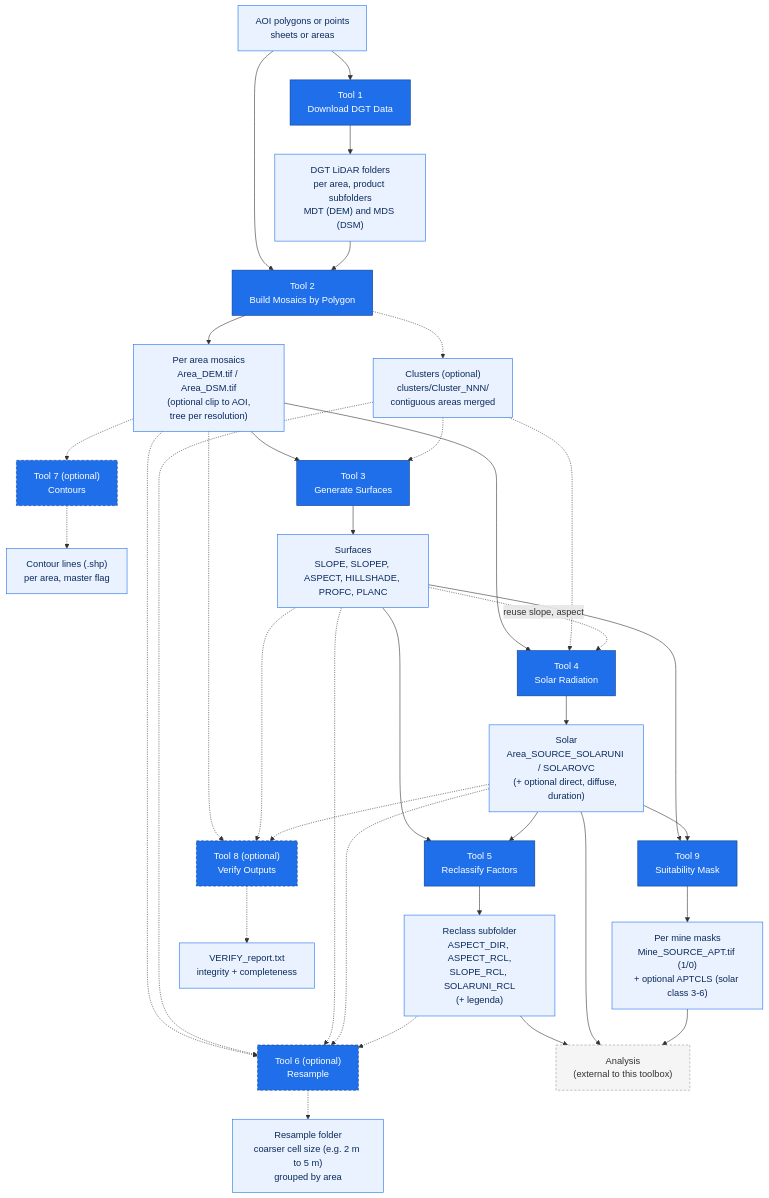
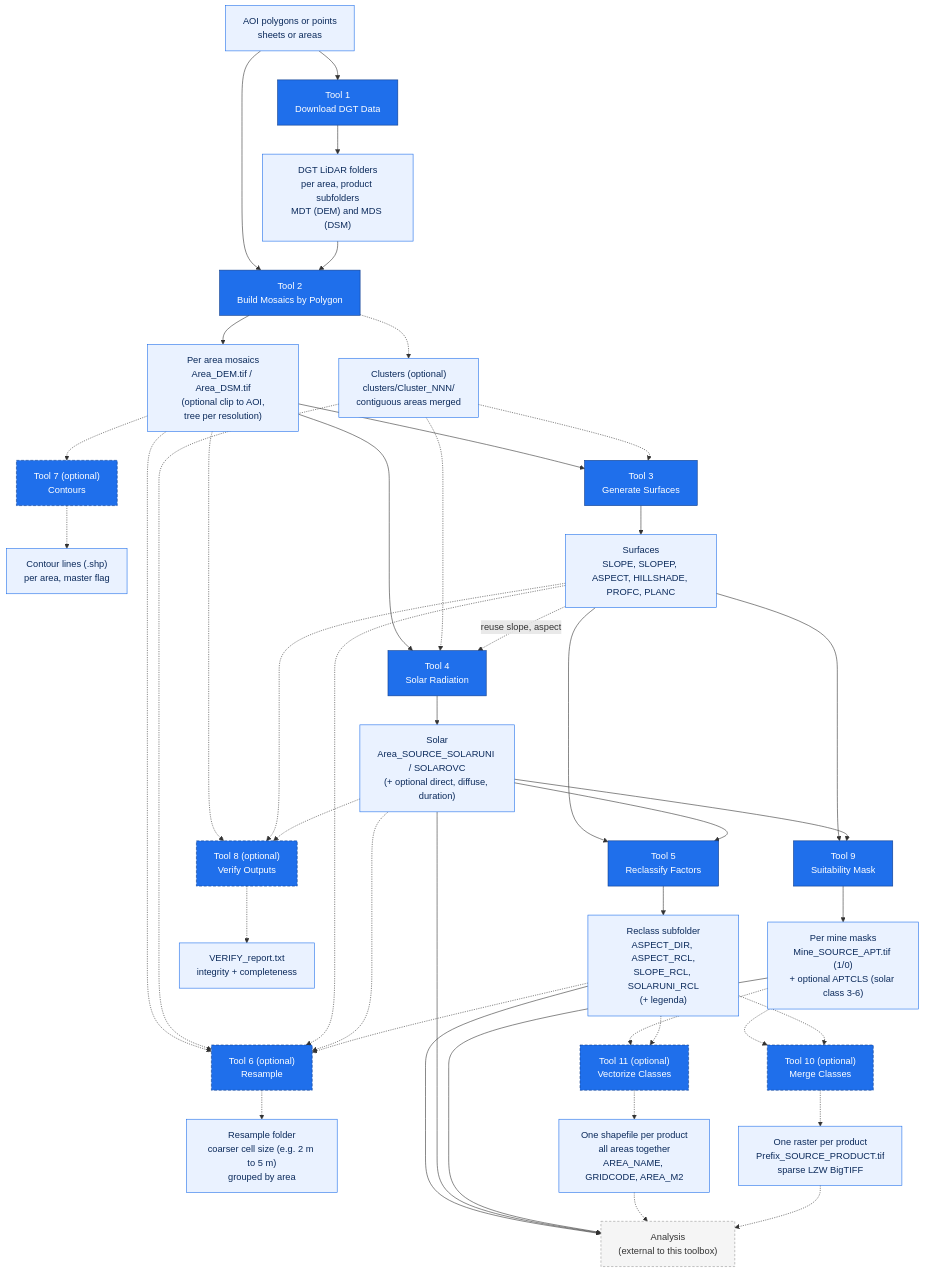
The diagram in README.md (PedroMMGoncalves/lidar-terrain-arcgis-tools), drawn with Mermaid before and after one commit. The commit also changed other lines of this file and 1 other file, not shown here.

````diff
--- a/README.md
+++ b/README.md
@@ -58,48 +61,56 @@
 ```mermaid
 flowchart TD
     AOI["AOI polygons or points<br/>sheets or areas"]
     AOI --> TDL["Tool 1<br/>Download DGT Data"]
     TDL --> LID["DGT LiDAR folders<br/>per area, product subfolders<br/>MDT (DEM) and MDS (DSM)"]
     AOI --> T1
     LID --> T1
     T1["Tool 2<br/>Build Mosaics by Polygon"]
     T1 --> M["Per area mosaics<br/>Area_DEM.tif / Area_DSM.tif<br/>(optional clip to AOI,<br/>tree per resolution)"]
     T1 -.-> CL["Clusters (optional)<br/>clusters/Cluster_NNN/<br/>contiguous areas merged"]
     M --> T2["Tool 3<br/>Generate Surfaces"]
     M --> T3["Tool 4<br/>Solar Radiation"]
     M -.-> T5["Tool 6 (optional)<br/>Resample"]
     M -.-> CT["Tool 7 (optional)<br/>Contours"]
     CT -.-> CO["Contour lines (.shp)<br/>per area, master flag"]
     CL -.-> T2
     CL -.-> T3
     CL -.-> T5
     T2 --> S["Surfaces<br/>SLOPE, SLOPEP, ASPECT, HILLSHADE, PROFC, PLANC"]
     S -.->|reuse slope, aspect| T3
     T3 --> SOL["Solar<br/>Area_SOURCE_SOLARUNI / SOLAROVC<br/>(+ optional direct, diffuse, duration)"]
     T5 -.-> RS["Resample folder<br/>coarser cell size (e.g. 2 m to 5 m)<br/>grouped by area"]
     S -.-> T5
     SOL -.-> T5
     RCL -.-> T5
     S --> T4["Tool 5<br/>Reclassify Factors"]
     SOL --> T4
     T4 --> RCL["Reclass subfolder<br/>ASPECT_DIR, ASPECT_RCL,<br/>SLOPE_RCL, SOLARUNI_RCL<br/>(+ legenda)"]
     S --> T9["Tool 9<br/>Suitability Mask"]
     SOL --> T9
     T9 --> APT["Per mine masks<br/>Mine_SOURCE_APT.tif (1/0)<br/>+ optional APTCLS (solar class 3-6)"]
     M -.-> V8["Tool 8 (optional)<br/>Verify Outputs"]
     S -.-> V8
     SOL -.-> V8
     V8 -.-> REP["VERIFY_report.txt<br/>integrity + completeness"]
+    APT -.-> T10["Tool 10 (optional)<br/>Merge Classes"]
+    RCL -.-> T10
+    T10 -.-> BIG["One raster per product<br/>Prefix_SOURCE_PRODUCT.tif<br/>sparse LZW BigTIFF"]
+    APT -.-> T11["Tool 11 (optional)<br/>Vectorize Classes"]
+    RCL -.-> T11
+    T11 -.-> SHP["One shapefile per product<br/>all areas together<br/>AREA_NAME, GRIDCODE, AREA_M2"]
     RCL --> EXT["Analysis<br/>(external to this toolbox)"]
     SOL --> EXT
     APT --> EXT
+    SHP -.-> EXT
+    BIG -.-> EXT
 
     classDef tool fill:#1f6feb,stroke:#0d3b8a,color:#ffffff;
     classDef opttool fill:#1f6feb,stroke:#0d3b8a,color:#ffffff,stroke-dasharray:5 3;
     classDef data fill:#eaf2ff,stroke:#1f6feb,color:#0b2a5b;
     classDef ext fill:#f5f5f5,stroke:#999999,color:#333333,stroke-dasharray:4 3;
     class TDL,T1,T2,T3,T4,T9 tool;
-    class T5,CT,V8 opttool;
-    class AOI,LID,M,S,SOL,RCL,RS,CL,CO,APT,REP data;
+    class T5,CT,V8,T10,T11 opttool;
+    class AOI,LID,M,S,SOL,RCL,RS,CL,CO,APT,REP,BIG,SHP data;
     class EXT ext;
 ```
````
